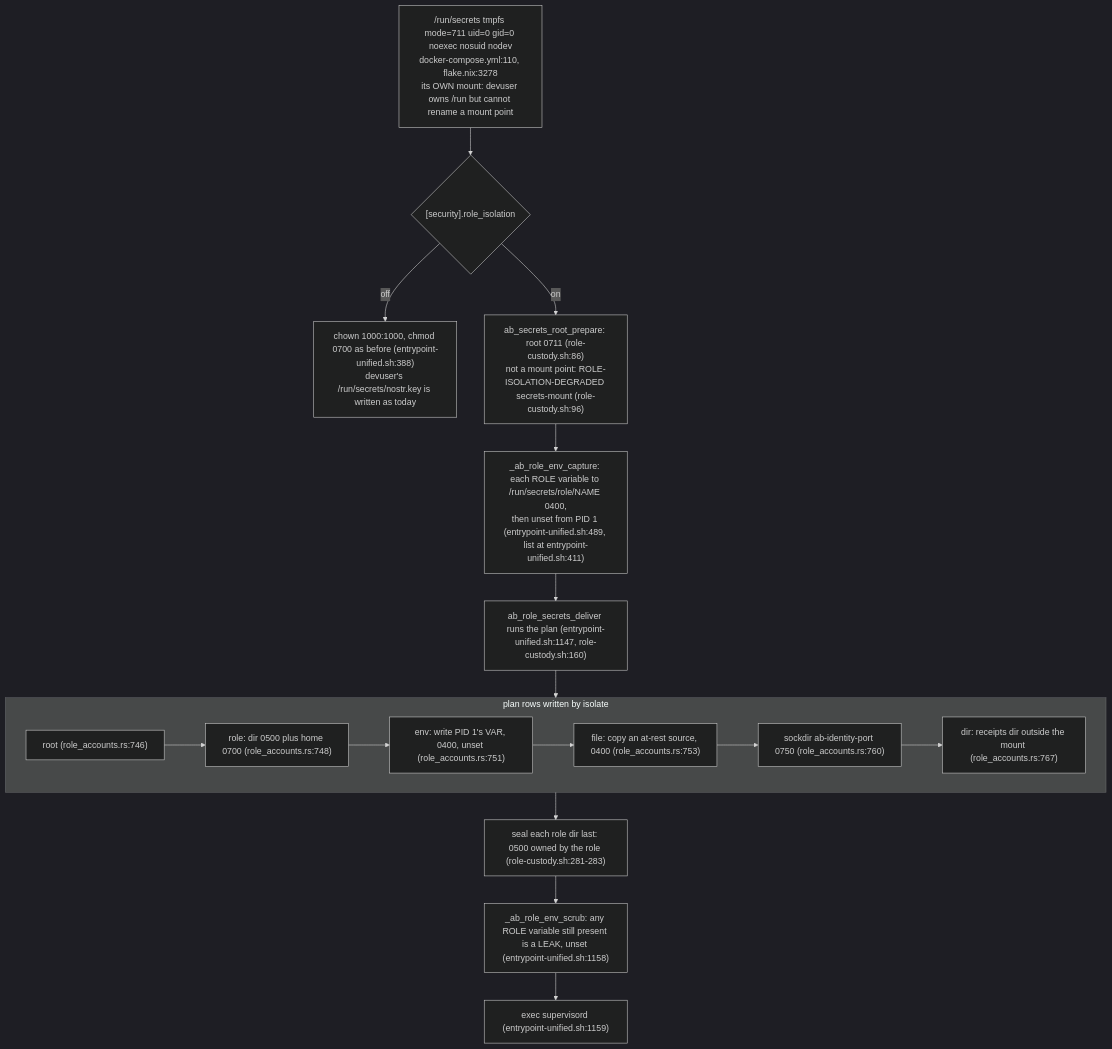
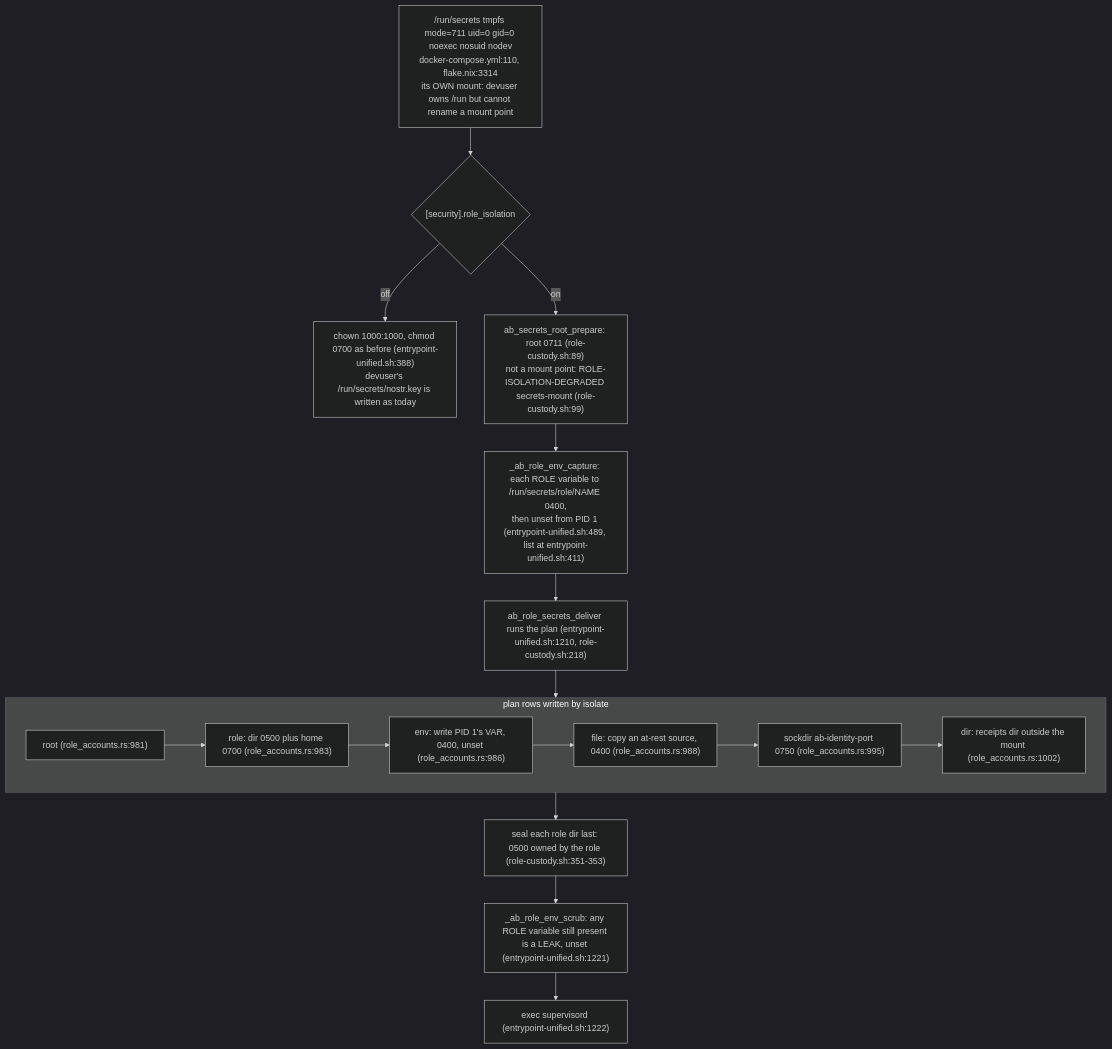
The third of 7 diagrams in docs/diagrams/agentbox/36-role-isolation-and-identity-port.md (DreamLab-AI/VisionFlow), drawn with Mermaid (dark theme) before and after one commit. The commit also changed other lines of this file and 4 other files, not shown here.

````diff
--- a/docs/diagrams/agentbox/36-role-isolation-and-identity-port.md
+++ b/docs/diagrams/agentbox/36-role-isolation-and-identity-port.md
@@ -115,22 +119,22 @@
 ```mermaid
 flowchart TB
-    MNT["/run/secrets tmpfs mode=711 uid=0 gid=0 noexec nosuid nodev<br/>docker-compose.yml:110, flake.nix:3278<br/>its OWN mount: devuser owns /run but cannot rename a mount point"]
+    MNT["/run/secrets tmpfs mode=711 uid=0 gid=0 noexec nosuid nodev<br/>docker-compose.yml:110, flake.nix:3314<br/>its OWN mount: devuser owns /run but cannot rename a mount point"]
     MNT --> MODE{"[security].role_isolation"}
     MODE -->|"off"| OFF["chown 1000:1000, chmod 0700 as before (entrypoint-unified.sh:388)<br/>devuser's /run/secrets/nostr.key is written as today"]
-    MODE -->|"on"| PREP["ab_secrets_root_prepare: root 0711 (role-custody.sh:86)<br/>not a mount point: ROLE-ISOLATION-DEGRADED secrets-mount (role-custody.sh:96)"]
+    MODE -->|"on"| PREP["ab_secrets_root_prepare: root 0711 (role-custody.sh:89)<br/>not a mount point: ROLE-ISOLATION-DEGRADED secrets-mount (role-custody.sh:99)"]
     PREP --> CAP["_ab_role_env_capture: each ROLE variable to /run/secrets/role/NAME 0400,<br/>then unset from PID 1 (entrypoint-unified.sh:489, list at entrypoint-unified.sh:411)"]
-    CAP --> DEL["ab_role_secrets_deliver runs the plan (entrypoint-unified.sh:1147, role-custody.sh:160)"]
+    CAP --> DEL["ab_role_secrets_deliver runs the plan (entrypoint-unified.sh:1210, role-custody.sh:218)"]
     subgraph PLAN["plan rows written by isolate"]
-        P1["root (role_accounts.rs:746)"]
-        P2["role: dir 0500 plus home 0700 (role_accounts.rs:748)"]
-        P3["env: write PID 1's VAR, 0400, unset (role_accounts.rs:751)"]
-        P4["file: copy an at-rest source, 0400 (role_accounts.rs:753)"]
-        P5["sockdir ab-identity-port 0750 (role_accounts.rs:760)"]
-        P6["dir: receipts dir outside the mount (role_accounts.rs:767)"]
+        P1["root (role_accounts.rs:981)"]
+        P2["role: dir 0500 plus home 0700 (role_accounts.rs:983)"]
+        P3["env: write PID 1's VAR, 0400, unset (role_accounts.rs:986)"]
+        P4["file: copy an at-rest source, 0400 (role_accounts.rs:988)"]
+        P5["sockdir ab-identity-port 0750 (role_accounts.rs:995)"]
+        P6["dir: receipts dir outside the mount (role_accounts.rs:1002)"]
         P1 --> P2 --> P3 --> P4 --> P5 --> P6
     end
     DEL --> PLAN
-    PLAN --> SEAL["seal each role dir last: 0500 owned by the role (role-custody.sh:281-283)"]
-    SEAL --> SCRUB["_ab_role_env_scrub: any ROLE variable still present is a LEAK, unset (entrypoint-unified.sh:1158)"]
-    SCRUB --> X["exec supervisord (entrypoint-unified.sh:1159)"]
+    PLAN --> SEAL["seal each role dir last: 0500 owned by the role (role-custody.sh:351-353)"]
+    SEAL --> SCRUB["_ab_role_env_scrub: any ROLE variable still present is a LEAK, unset (entrypoint-unified.sh:1221)"]
+    SCRUB --> X["exec supervisord (entrypoint-unified.sh:1222)"]
 ```
````
